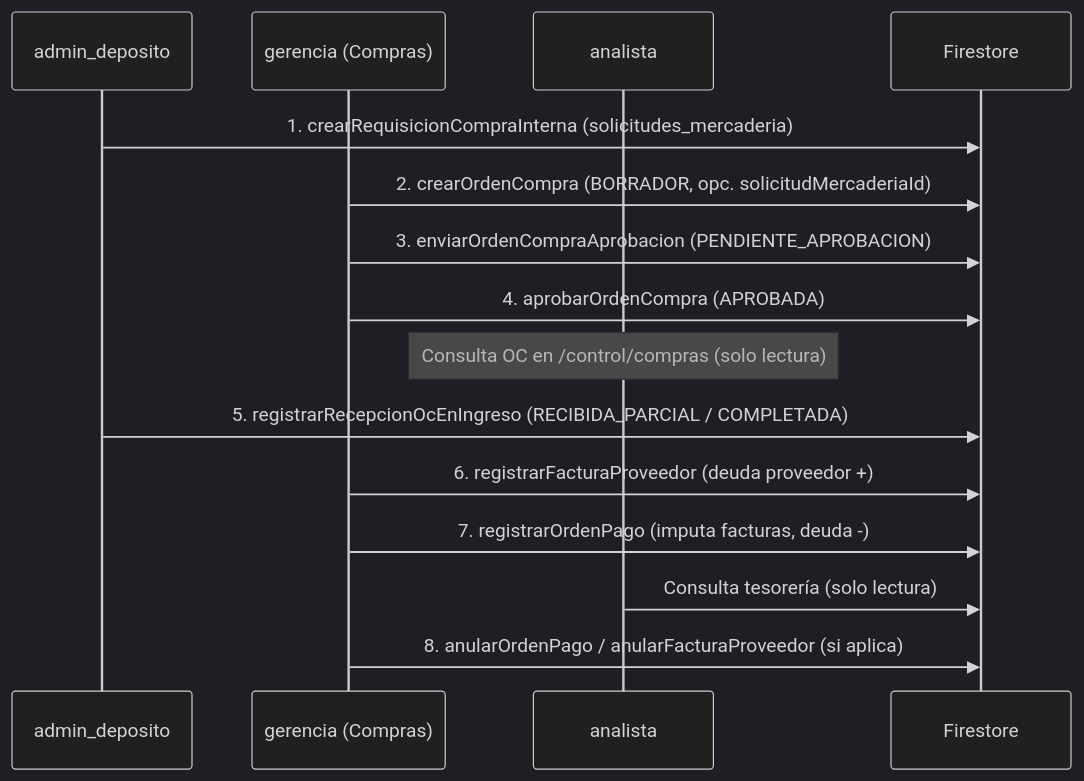
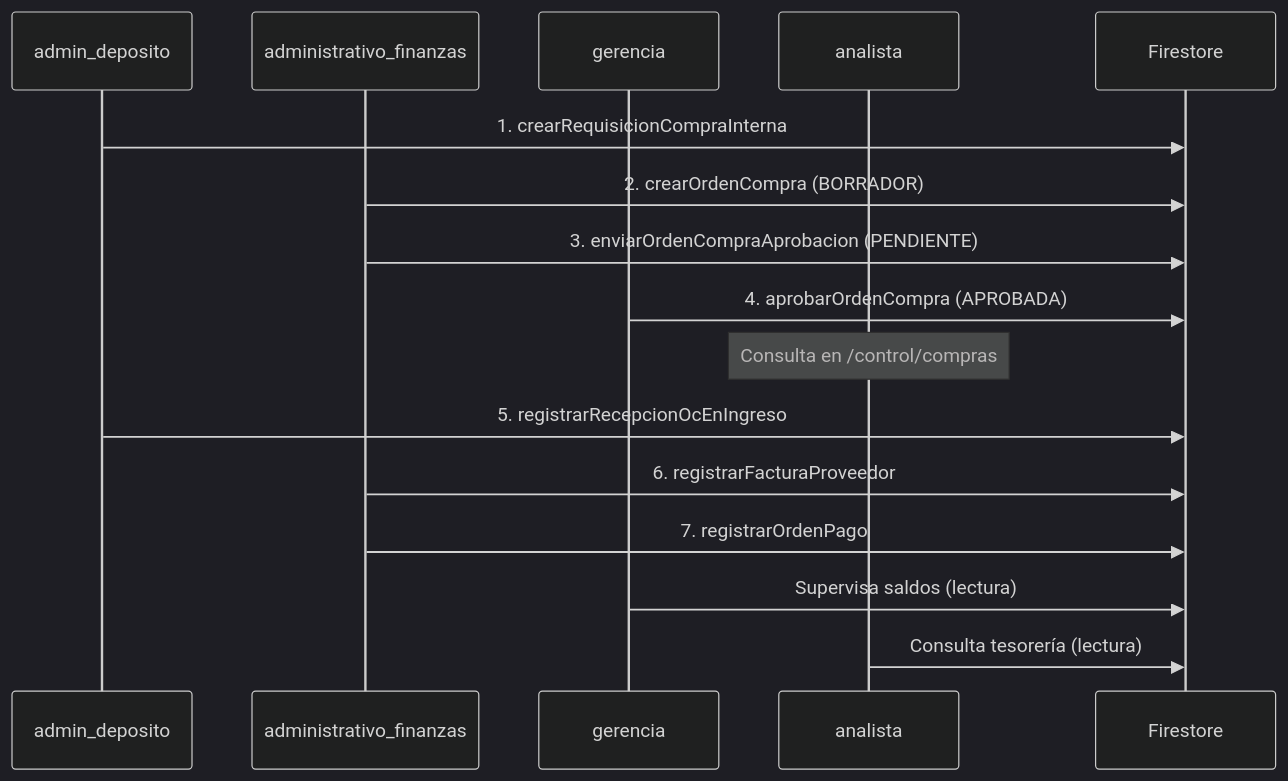
Before and after one commit to Gonzamiguel/cocinaIndustrial: the second of 5 diagrams in ARQUITECTURA.md, drawn with Mermaid (dark theme). The commit also changed other lines of this file and 26 other files, not shown here.

````diff
--- a/ARQUITECTURA.md
+++ b/ARQUITECTURA.md
@@ -195,18 +286,19 @@
 ```mermaid
 sequenceDiagram
   participant DEP as admin_deposito
-  participant GER as gerencia (Compras)
+  participant FIN as administrativo_finanzas
+  participant GER as gerencia
   participant ANA as analista
   participant FS as Firestore
 
-  DEP->>FS: 1. crearRequisicionCompraInterna (solicitudes_mercaderia)
-  GER->>FS: 2. crearOrdenCompra (BORRADOR, opc. solicitudMercaderiaId)
-  GER->>FS: 3. enviarOrdenCompraAprobacion (PENDIENTE_APROBACION)
+  DEP->>FS: 1. crearRequisicionCompraInterna
+  FIN->>FS: 2. crearOrdenCompra (BORRADOR)
+  FIN->>FS: 3. enviarOrdenCompraAprobacion (PENDIENTE)
   GER->>FS: 4. aprobarOrdenCompra (APROBADA)
-  Note over ANA: Consulta OC en /control/compras (solo lectura)
-  DEP->>FS: 5. registrarRecepcionOcEnIngreso (RECIBIDA_PARCIAL / COMPLETADA)
-  GER->>FS: 6. registrarFacturaProveedor (deuda proveedor +)
-  GER->>FS: 7. registrarOrdenPago (imputa facturas, deuda -)
-  ANA->>FS: Consulta tesorería (solo lectura)
-  GER->>FS: 8. anularOrdenPago / anularFacturaProveedor (si aplica)
+  Note over ANA: Consulta en /control/compras
+  DEP->>FS: 5. registrarRecepcionOcEnIngreso
+  FIN->>FS: 6. registrarFacturaProveedor
+  FIN->>FS: 7. registrarOrdenPago
+  GER->>FS: Supervisa saldos (lectura)
+  ANA->>FS: Consulta tesorería (lectura)
 ```
````
